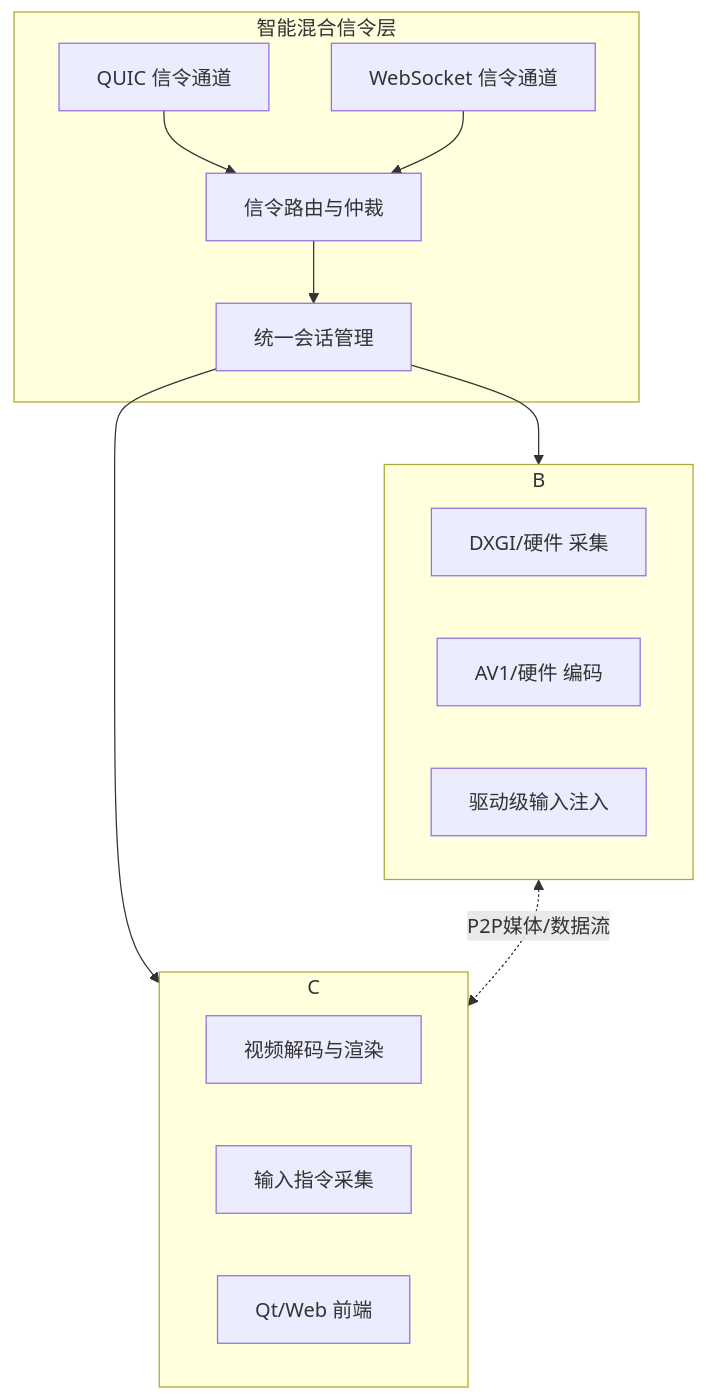
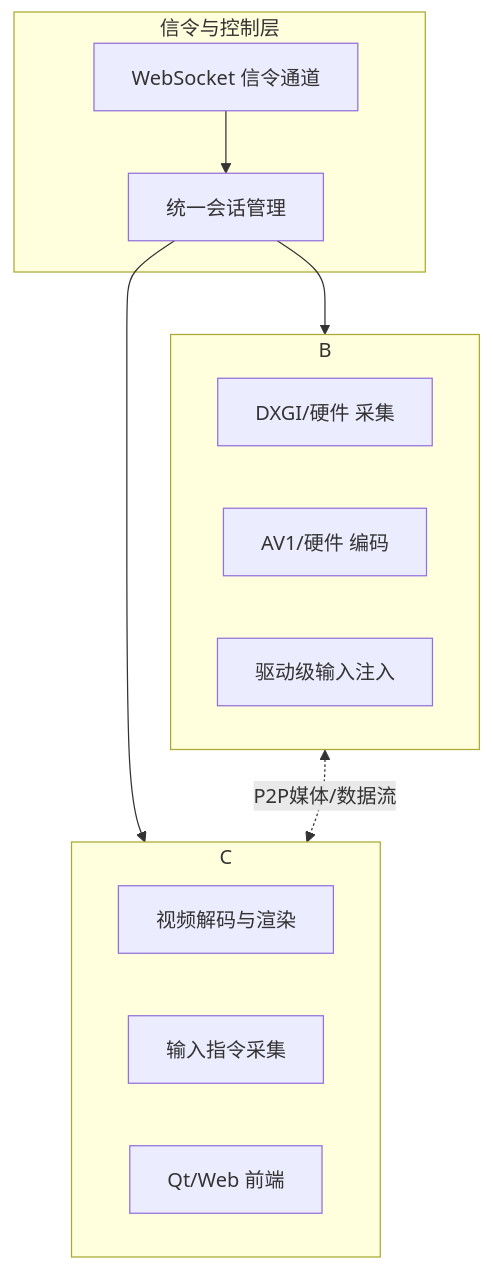
The diagram in README.md (HopeTiga/HopeDesk), drawn with Mermaid before and after one commit. The commit also changed other lines of this file, not shown here.

````diff
--- a/README.md
+++ b/README.md
@@ -20,25 +20,24 @@
 ```mermaid
 graph TD
-    subgraph A [智能混合信令层]
-        A1[QUIC 信令通道] --> A3[信令路由与仲裁]
-        A2[WebSocket 信令通道] --> A3
-        A3 --> A4[统一会话管理]
+    subgraph A [信令与控制层]
+        A1[WebSocket 信令通道]
+        A1 --> A2[统一会话管理]
     end
 
-    A4 --> B[被控端 Host]
-    A4 --> C[操控端 Client]
+    A2 --> B[被控端 Host]
+    A2 --> C[操控端 Client]
 
     subgraph B
         B1[DXGI/硬件 采集]
         B2[AV1/硬件 编码]
         B3[驱动级输入注入]
     end
 
     subgraph C
         C1[视频解码与渲染]
         C2[输入指令采集]
         C3[Qt/Web 前端]
     end
 
     B <-.P2P媒体/数据流.-> C
 ```
````
